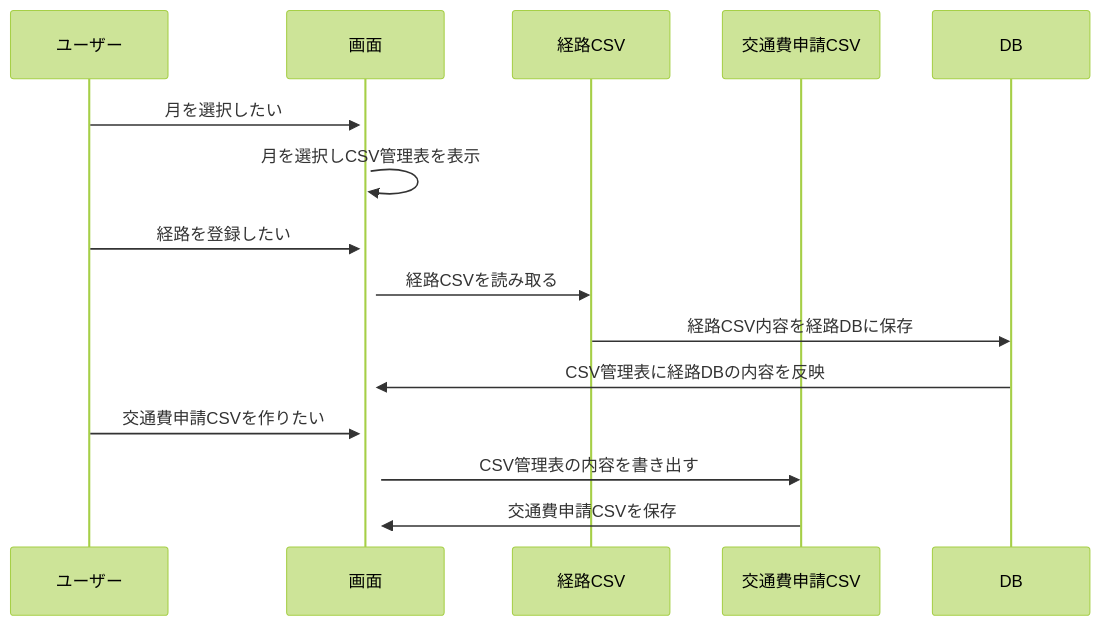
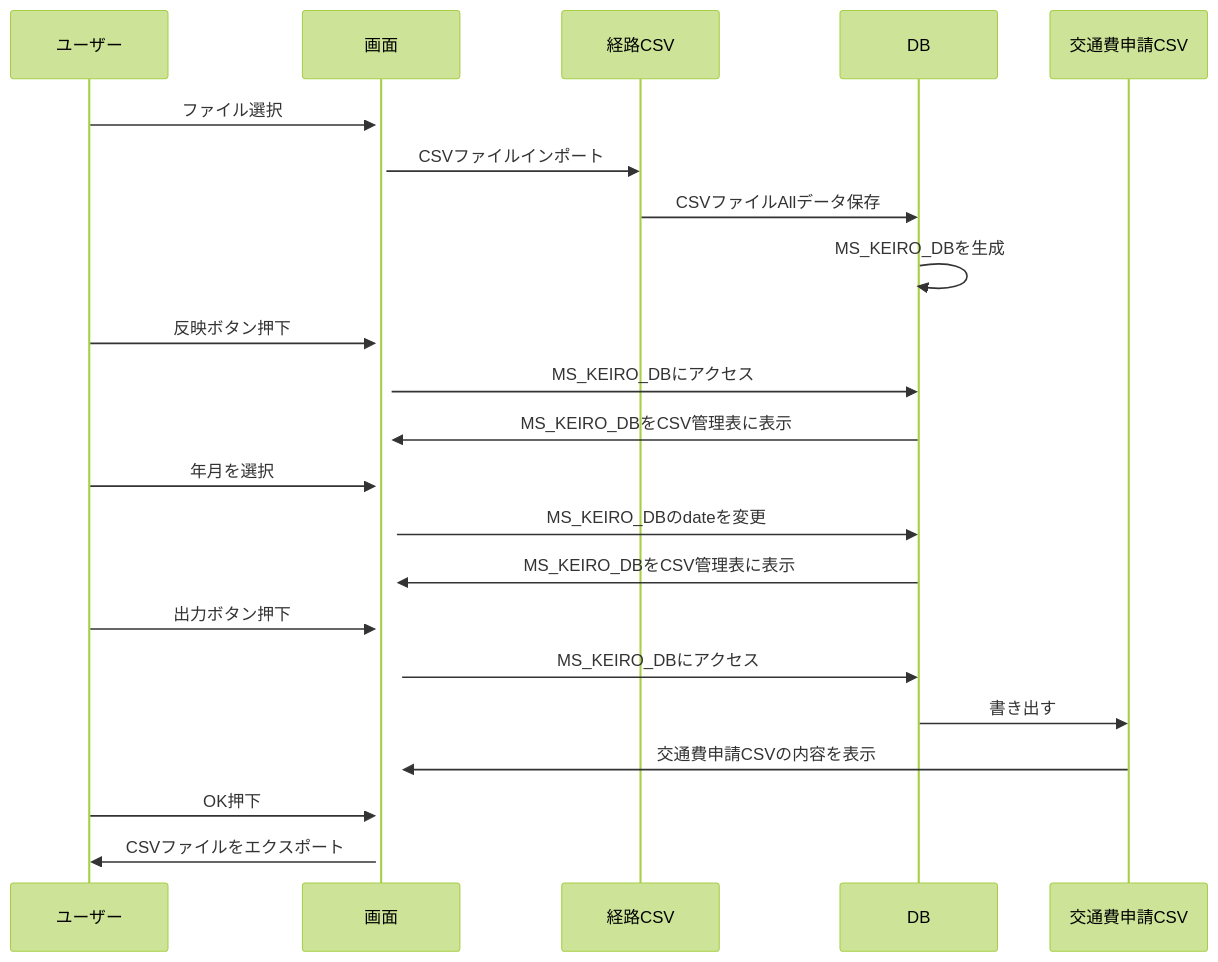
The first of 2 diagrams in AttrMF/document/CreateKeiro.md (brain-yuhei/CsvCreateTool), drawn with Mermaid (forest theme) before and after one commit. The commit also changed other lines of this file and 1 other file, not shown here.

Commit message:
データ設計・機能仕様・シーケンス図の修正

````diff
--- a/AttrMF/document/CreateKeiro.md
+++ b/AttrMF/document/CreateKeiro.md
@@ -73,21 +94,28 @@
 ```mermaid
 sequenceDiagram
 participant 1 as ユーザー
 participant 2 as 画面
 participant 3 as 経路CSV
-participant 4 as 交通費申請CSV
-participant 5 as DB
+participant 4 as DB
+participant 5 as 交通費申請CSV
 
-1->>+2: 月を選択したい
-2->>2: 月を選択しCSV管理表を表示
+1->>+2: ファイル選択
+2->>3: CSVファイルインポート
+3->>4: CSVファイルAllデータ保存
+4->>4: MS_KEIRO_DBを生成
+1->>+2: 反映ボタン押下
+2->>4: MS_KEIRO_DBにアクセス
+4->>2: MS_KEIRO_DBをCSV管理表に表示
+1->>+2: 年月を選択
+2->>4: MS_KEIRO_DBのdateを変更
+4->>2: MS_KEIRO_DBをCSV管理表に表示
+1->>+2: 出力ボタン押下
+2->>4: MS_KEIRO_DBにアクセス
+4->>5: 書き出す
+5->>2: 交通費申請CSVの内容を表示
+1->>+2: OK押下
+2->>1: CSVファイルをエクスポート
 
-1->>+2: 経路を登録したい
-2->>3: 経路CSVを読み取る
-3->>5: 経路CSV内容を経路DBに保存
-5->>2: CSV管理表に経路DBの内容を反映
 
-1->>+2:交通費申請CSVを作りたい
-2->>4: CSV管理表の内容を書き出す
-4->>2: 交通費申請CSVを保存
 
 ```
````
